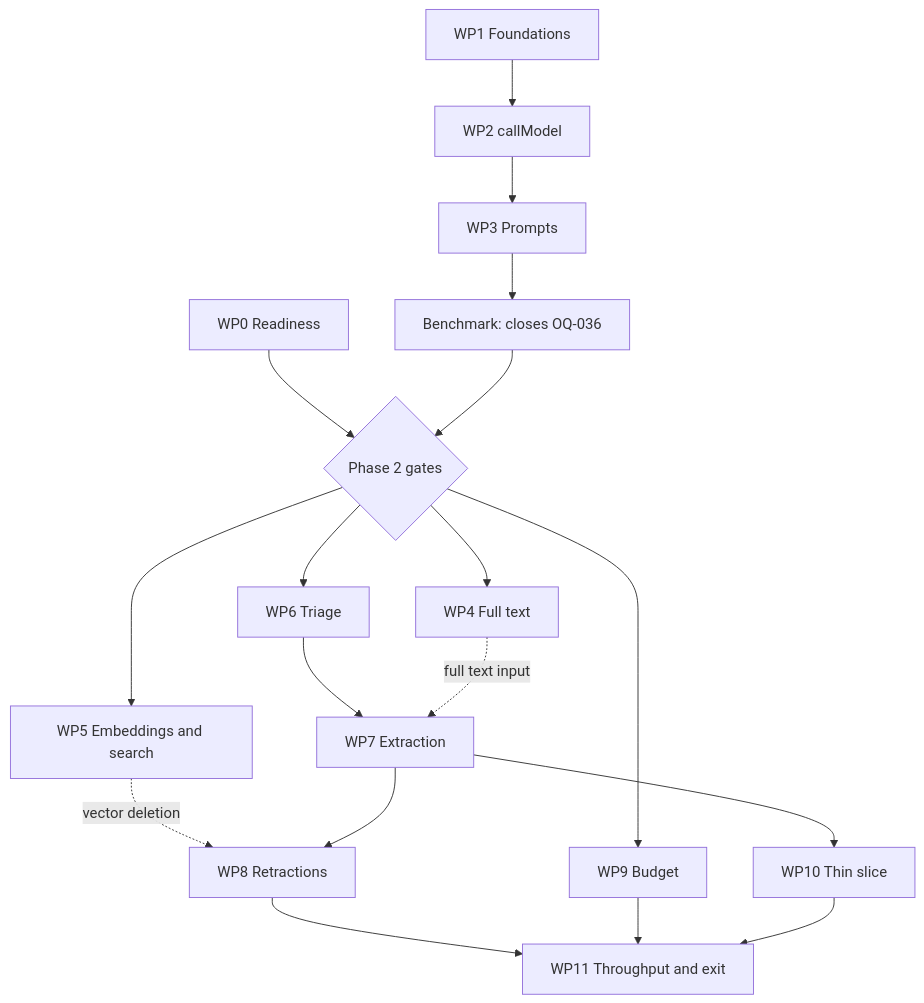
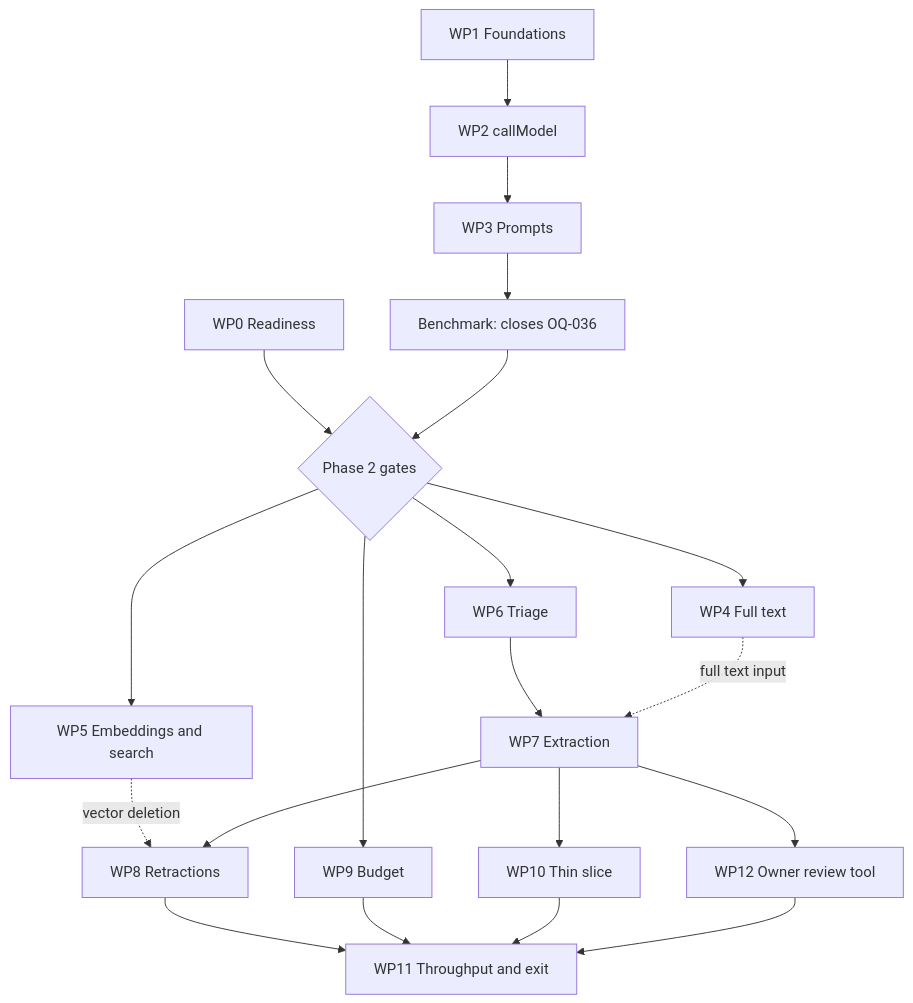
The diagram in docs/kt/phase-2/dependencies.md (SolarnodeCC/didactic-octo-barnacle), drawn with Mermaid before and after one commit. The commit also changed other lines of this file and 18 other files, not shown here.

````diff
--- a/docs/kt/phase-2/dependencies.md
+++ b/docs/kt/phase-2/dependencies.md
@@ -28,20 +28,22 @@
 ```mermaid
 flowchart TD
   WP0[WP0 Readiness] --> G{Phase 2 gates}
   WP1[WP1 Foundations] --> WP2[WP2 callModel]
   WP2 --> WP3[WP3 Prompts]
   WP3 --> B[Benchmark: closes OQ-036]
   B --> G
   G --> WP4[WP4 Full text]
   G --> WP5[WP5 Embeddings and search]
   G --> WP6[WP6 Triage]
   G --> WP9[WP9 Budget]
   WP6 --> WP7[WP7 Extraction]
   WP4 -.full text input.-> WP7
   WP5 -.vector deletion.-> WP8[WP8 Retractions]
   WP7 --> WP8
   WP7 --> WP10[WP10 Thin slice]
   WP8 --> WP11[WP11 Throughput and exit]
   WP9 --> WP11
   WP10 --> WP11
+  WP7 --> WP12[WP12 Owner review tool]
+  WP12 --> WP11
 ```
````
